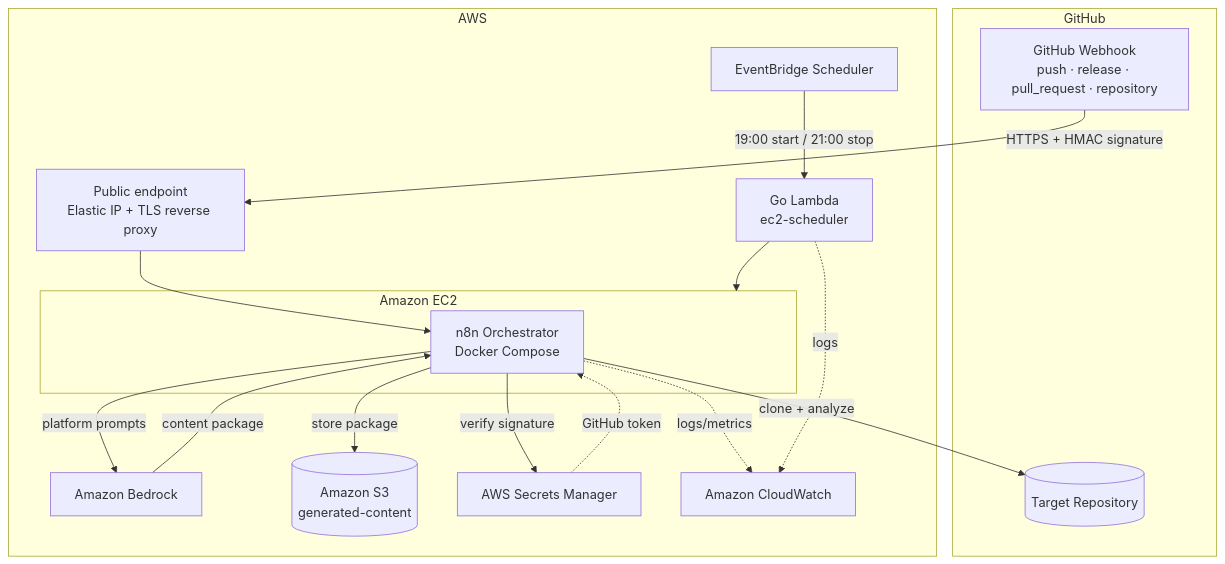
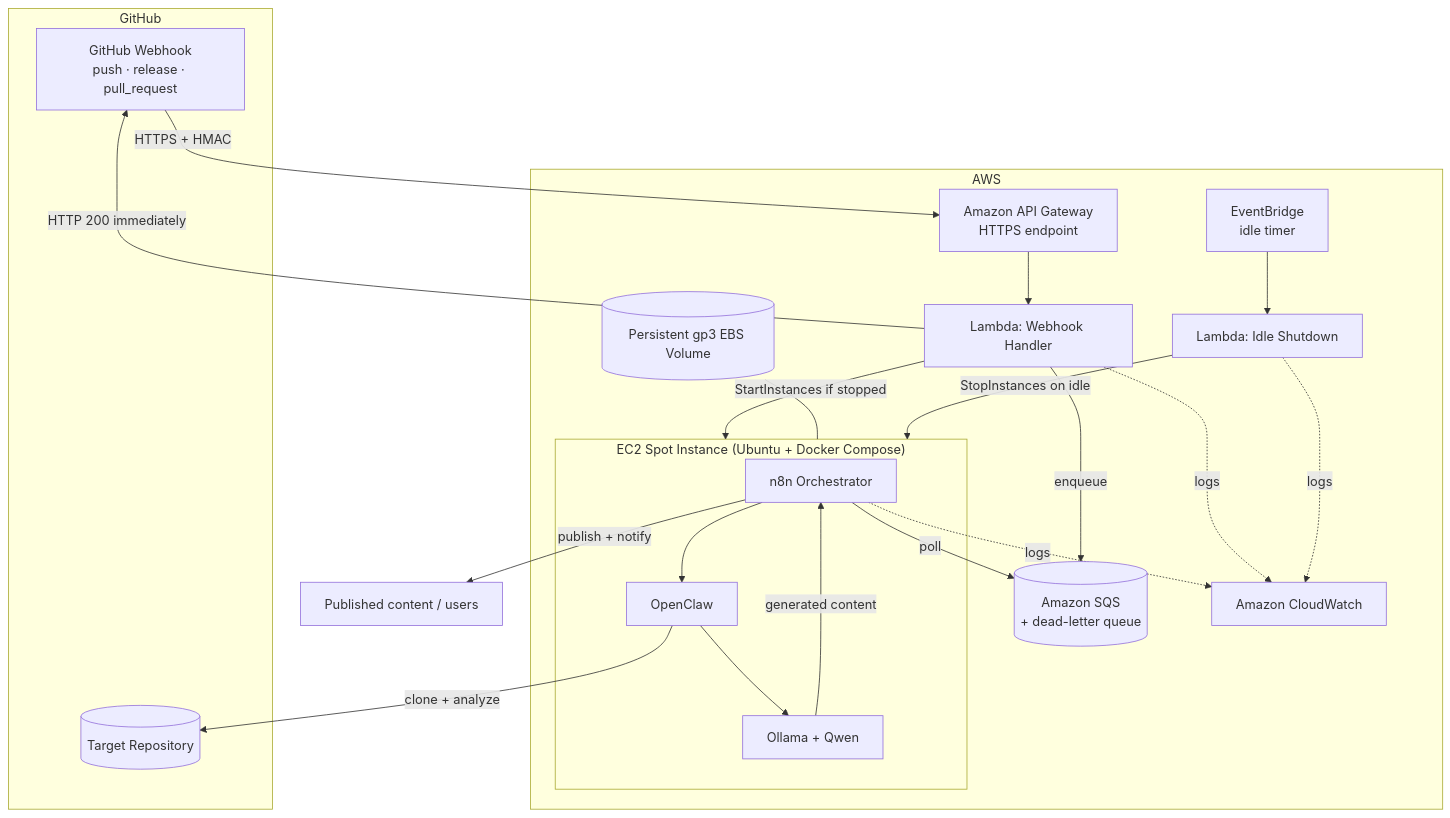
One commit to teddynted/ai-github-repository-blog-generator changed the first of 7 diagrams in docs/architecture.md. Above: the diagram before and after it, drawn with Mermaid. The commit also changed other lines of this file and 12 other files, not shown here.

First line of the commit message:
docs: pivot to self-hosted OpenClaw + Ollama + EC2 Spot architecture

````diff
--- a/docs/architecture.md
+++ b/docs/architecture.md
@@ -22,31 +23,37 @@
 ```mermaid
 flowchart TB
     subgraph GitHub
-        EVT[GitHub Webhook<br/>push · release · pull_request · repository]
+        EVT[GitHub Webhook<br/>push · release · pull_request]
         REPO[(Target Repository)]
     end
 
     subgraph AWS
-        EIP[Public endpoint<br/>Elastic IP + TLS reverse proxy]
-        SCHED[EventBridge Scheduler]
-        LSTOP[Go Lambda<br/>ec2-scheduler]
-        subgraph EC2["Amazon EC2"]
-            N8N[n8n Orchestrator<br/>Docker Compose]
+        APIGW[Amazon API Gateway<br/>HTTPS endpoint]
+        LH[Lambda: Webhook Handler]
+        SQS[(Amazon SQS<br/>+ dead-letter queue)]
+        EB[EventBridge<br/>idle timer]
+        LS[Lambda: Idle Shutdown]
+        subgraph EC2["EC2 Spot Instance (Ubuntu + Docker Compose)"]
+            N8N[n8n Orchestrator]
+            OC[OpenClaw]
+            OLL[Ollama + Qwen]
         end
-        BR[Amazon Bedrock]
-        S3[(Amazon S3<br/>generated-content)]
-        SM[AWS Secrets Manager]
+        EBS[(Persistent gp3 EBS Volume)]
         CW[Amazon CloudWatch]
     end
 
-    EVT -->|HTTPS + HMAC signature| EIP --> N8N
-    N8N -->|verify signature| SM
-    SCHED -->|19:00 start / 21:00 stop| LSTOP --> EC2
-    N8N -->|clone + analyze| REPO
-    N8N -->|platform prompts| BR
-    BR -->|content package| N8N
-    N8N -->|store package| S3
-    SM -. GitHub token .-> N8N
-    N8N -. logs/metrics .-> CW
-    LSTOP -. logs .-> CW
+    EVT -->|HTTPS + HMAC| APIGW --> LH
+    LH -->|enqueue| SQS
+    LH -->|StartInstances if stopped| EC2
+    LH -->|HTTP 200 immediately| EVT
+    N8N -->|poll| SQS
+    N8N --> OC -->|clone + analyze| REPO
+    OC --> OLL
+    OLL -->|generated content| N8N
+    N8N -->|publish + notify| OUT[Published content / users]
+    EBS --- EC2
+    EB --> LS -->|StopInstances on idle| EC2
+    LH -. logs .-> CW
+    N8N -. logs .-> CW
+    LS -. logs .-> CW
 ```
````
